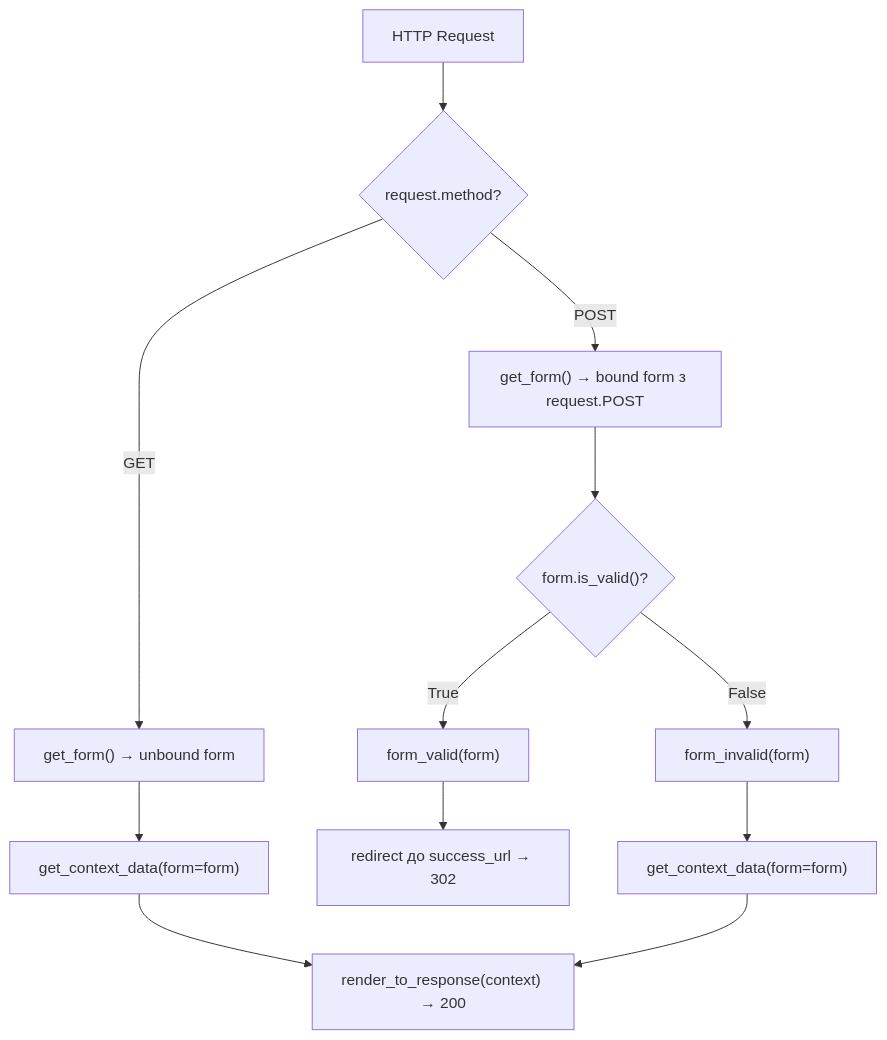
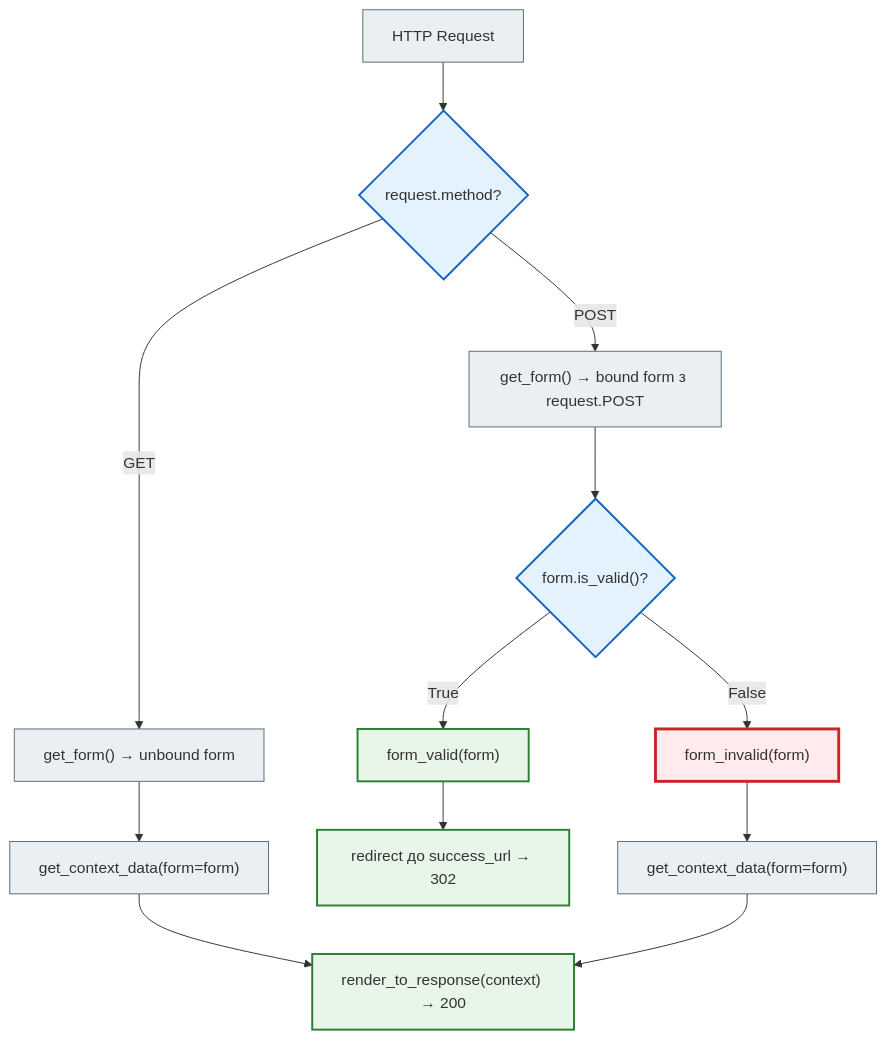
The ninth of 10 diagrams in docs/02_django_core/views_full.md (NikoriakViktot/notes_chat_app), drawn with Mermaid before and after one commit. The commit also changed other lines of this file and 441 other files, not shown here.

First line of the commit message:
Add English version of the book, Mermaid standard, docs fixes

````diff
--- a/docs/02_django_core/views_full.md
+++ b/docs/02_django_core/views_full.md
@@ -883,14 +922,24 @@
 ```mermaid
 flowchart TD
     A[HTTP Request] --> B{request.method?}
     B -->|GET| C["get_form() → unbound form"]
     B -->|POST| D["get_form() → bound form з request.POST"]
     C --> E["get_context_data(form=form)"]
     D --> F{"form.is_valid()?"}
     F -->|True| G["form_valid(form)"]
     F -->|False| H["form_invalid(form)"]
     G --> I["redirect до success_url → 302"]
     H --> J["get_context_data(form=form)"]
     E --> K["render_to_response(context) → 200"]
     J --> K
+
+    classDef step     fill:#eceff1,stroke:#546e7a,stroke-width:1px;
+    classDef decision fill:#e3f2fd,stroke:#1565c0,stroke-width:2px;
+    classDef success  fill:#e8f5e9,stroke:#2e7d32,stroke-width:2px;
+    classDef error    fill:#ffebee,stroke:#c62828,stroke-width:3px;
+
+    class A,C,D,E,J step;
+    class B,F decision;
+    class G,I,K success;
+    class H error;
 ```
````
